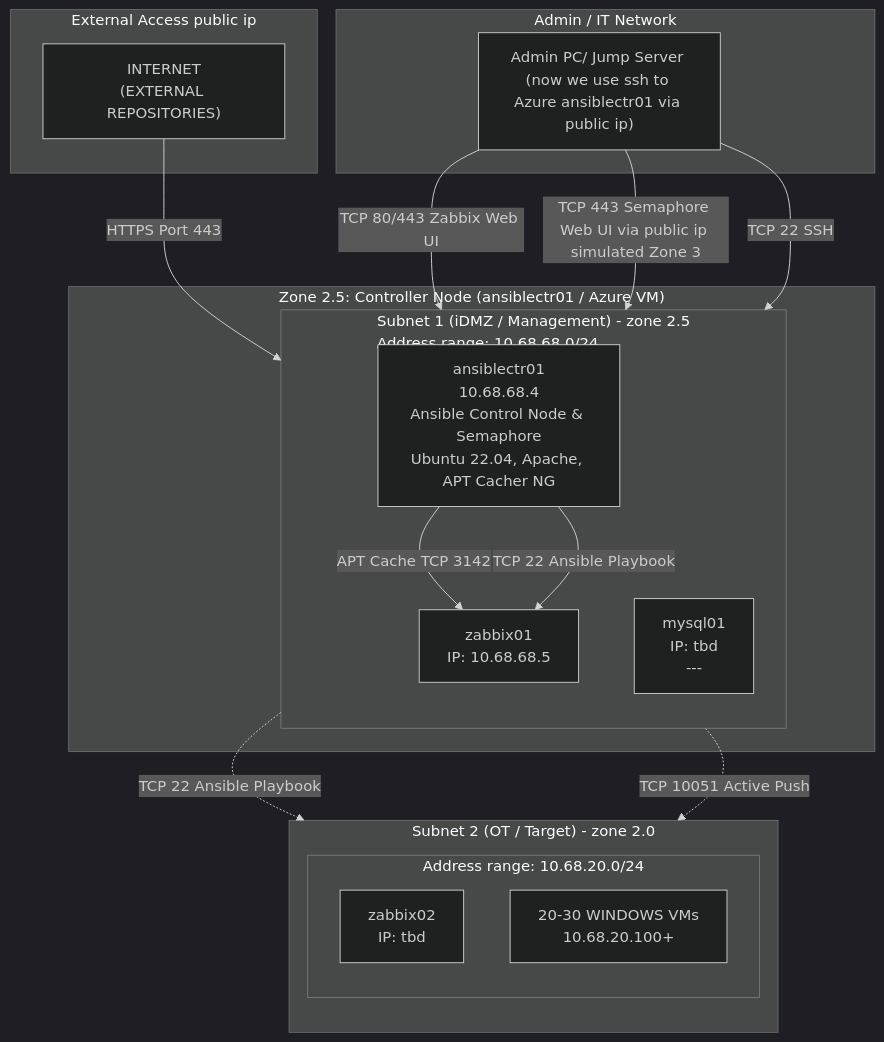
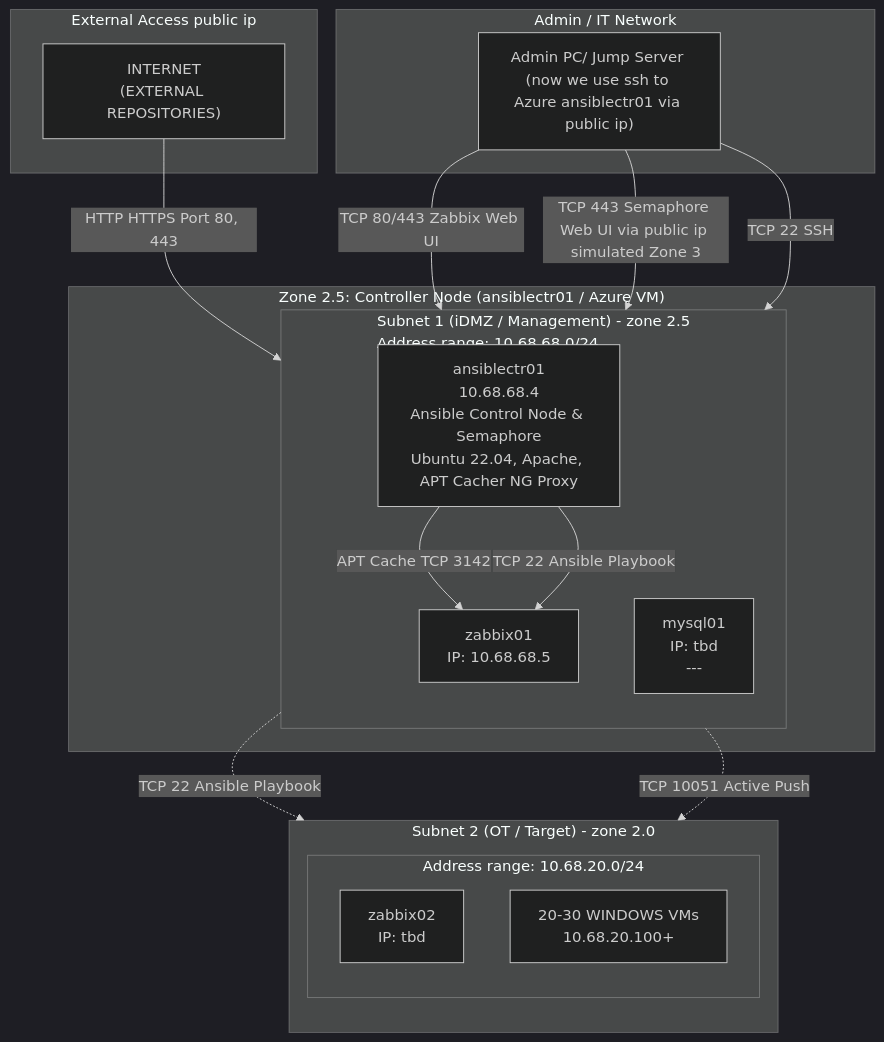
The diagram in run_research_2_azure_zabbix_stack_extra_with_windows_vms/readme.md (spawnmarvel/kvm-lab), drawn with Mermaid (dark theme) before and after one commit.

Commit message:
start ansible

````diff
--- a/run_research_2_azure_zabbix_stack_extra_with_windows_vms/readme.md
+++ b/run_research_2_azure_zabbix_stack_extra_with_windows_vms/readme.md
@@ -926,39 +926,39 @@
 ```mermaid
 graph TD
     subgraph Zone1 ["External Access public ip"]
         Internet["INTERNET<br/>(EXTERNAL REPOSITORIES)"]
     end
 
     subgraph Zone2 ["Zone 2.5: Controller Node (ansiblectr01 / Azure VM)"]
         subgraph Subnet1 ["Subnet 1 (iDMZ / Management) - zone 2.5<br/>Address range: 10.68.68.0/24"]
             direction TB
-            ansiblectr01["ansiblectr01<br/>10.68.68.4<br/>Ansible Control Node & Semaphore<br/>Ubuntu 22.04, Apache, APT Cacher NG"]
+            ansiblectr01["ansiblectr01<br/>10.68.68.4<br/>Ansible Control Node & Semaphore<br/>Ubuntu 22.04, Apache, APT Cacher NG Proxy"]
             zabbix01["zabbix01<br/>IP: 10.68.68.5"]
             mysql01["mysql01<br/>IP: tbd<br/>---"]
         end
     end
 
     subgraph Zone2OT ["Subnet 2 (OT / Target) - zone 2.0"]
         direction TB
         subgraph Subnet2 ["Address range: 10.68.20.0/24"]
             zabbix02["zabbix02<br/>IP: tbd"]
             winVMs["20-30 WINDOWS VMs<br/>10.68.20.100+"]
         end
     end
 
     subgraph AdminNet ["Admin / IT Network"]
         AdminPC["Admin PC/ Jump Server (now we use ssh to Azure ansiblectr01 via public ip)"]
     end
 
-    Internet -->|HTTPS Port 443| ansiblectr01
+    Internet -->|HTTP HTTPS Port 80, 443| ansiblectr01
     AdminPC -->|TCP 80/443 Zabbix Web UI| zabbix01
     AdminPC -->|TCP 443 Semaphore Web UI via public ip simulated Zone 3 | ansiblectr01
     AdminPC -->|TCP 22 SSH| ansiblectr01
     
     ansiblectr01 -->|APT Cache TCP 3142| zabbix01
     ansiblectr01 -->|TCP 22 Ansible Playbook| zabbix01
     
     ansiblectr01 -.->|TCP 22 Ansible Playbook| zabbix02
     zabbix01 -.->|TCP 10051 Active Push| zabbix02
 
 ```
````
